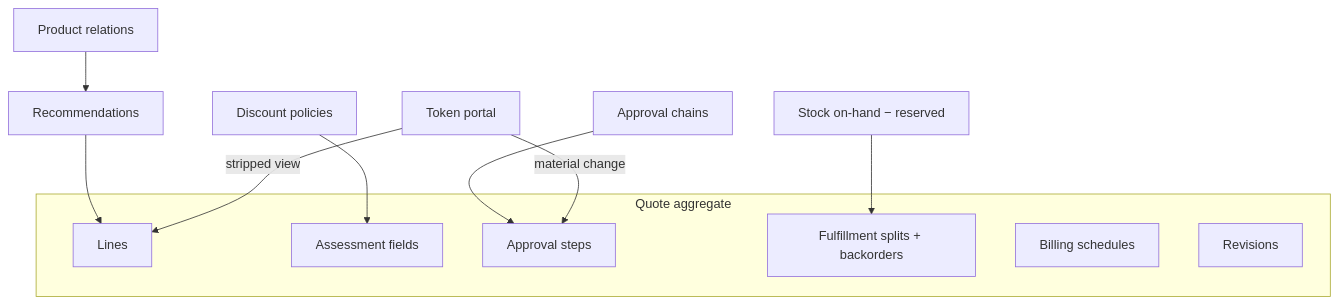
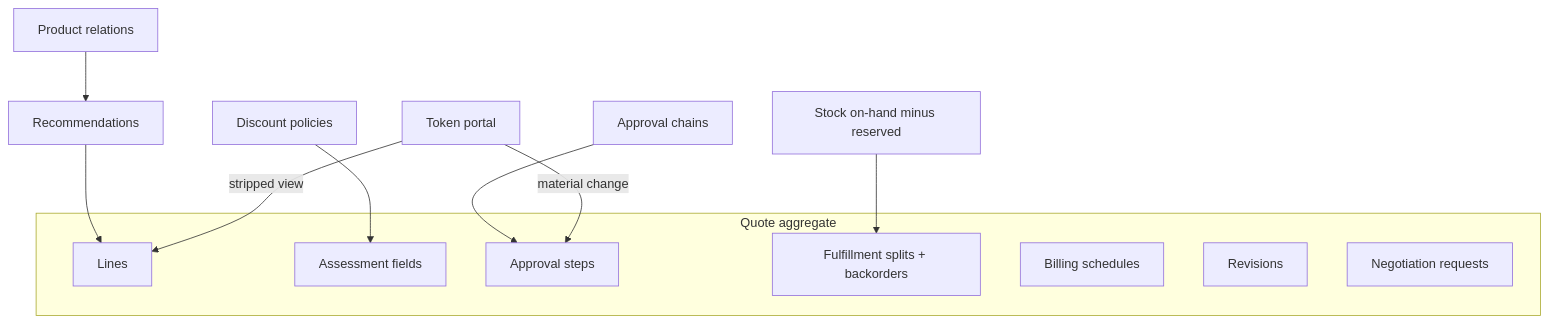
One commit to upadhyaydhruv202-hue/dealflow360-intelligent-sales-operations changed the first of 5 diagrams in README.md. Above: the diagram before and after it, drawn with Mermaid. The commit also changed other lines of this file, not shown here.

````diff
--- a/README.md
+++ b/README.md
@@ -81,18 +283,19 @@
 ```mermaid
 flowchart TB
   subgraph quote [Quote aggregate]
     L[Lines]
     A[Assessment fields]
     C[Approval steps]
     F[Fulfillment splits + backorders]
     B[Billing schedules]
     R[Revisions]
+    N[Negotiation requests]
   end
   P[Discount policies] --> A
   H[Approval chains] --> C
-  S[Stock on-hand − reserved] --> F
+  S[Stock on-hand minus reserved] --> F
   K[Product relations] --> U[Recommendations]
   U --> L
   Portal[Token portal] -->|stripped view| L
   Portal -->|material change| C
 ```
````
